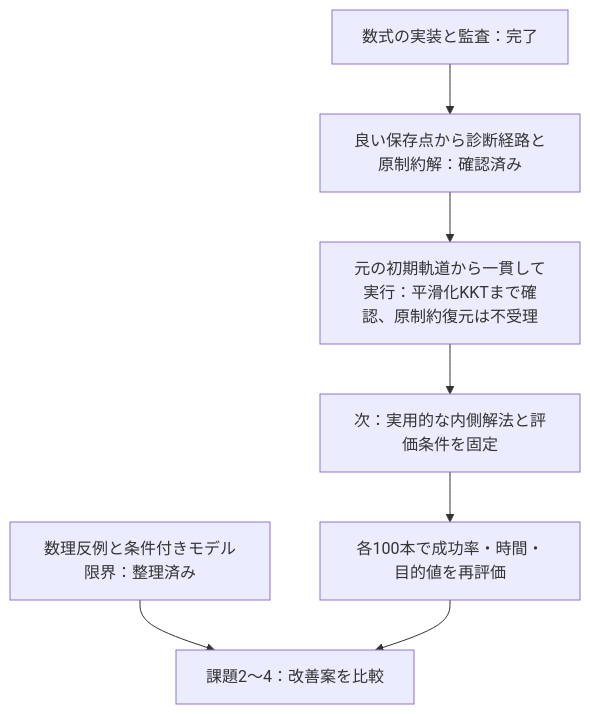
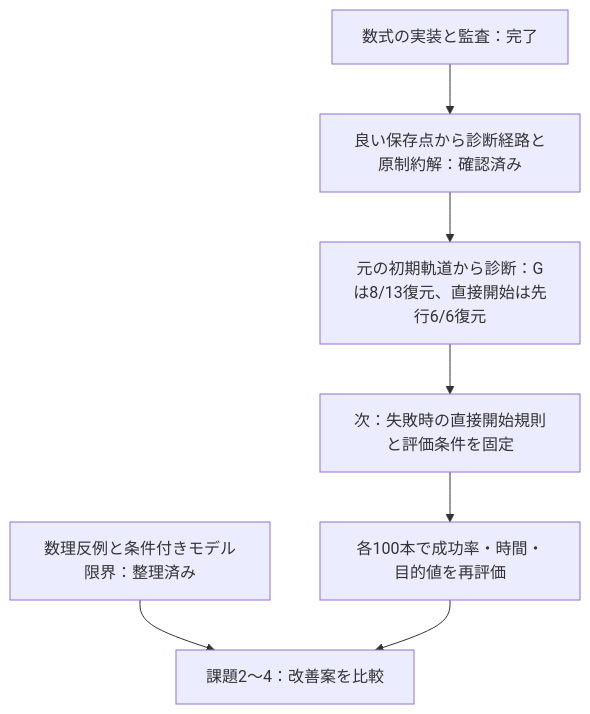
Before and after one commit to mordent-27/uav: the diagram in ROADMAP.md, drawn with Mermaid. The commit also changed other lines of this file and 1 other file, not shown here.

Commit message:
docs[roadmap]: 直接開始の効果と失敗時の追加方針を記録

````diff
--- a/ROADMAP.md
+++ b/ROADMAP.md
@@ -122,9 +132,9 @@
 ```mermaid
 flowchart TD
   A[数式の実装と監査：完了] --> B[良い保存点から診断経路と原制約解：確認済み]
-  B --> C[元の初期軌道から一貫して実行：平滑化KKTまで確認、原制約復元は不受理]
-  C --> D[次：実用的な内側解法と評価条件を固定]
+  B --> C[元の初期軌道から診断：Gは8/13復元、直接開始は先行6/6復元]
+  C --> D[次：失敗時の直接開始規則と評価条件を固定]
   D --> E[各100本で成功率・時間・目的値を再評価]
   T[数理反例と条件付きモデル限界：整理済み] --> U[課題2〜4：改善案を比較]
   E --> U
 ```
````
